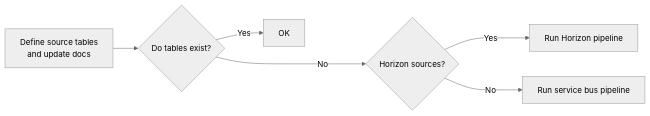
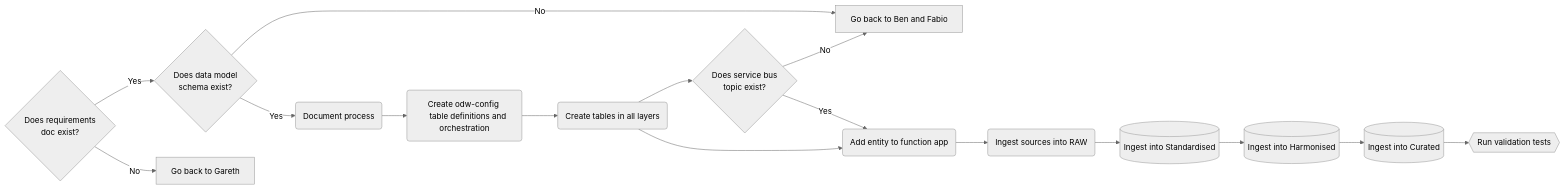
Before and after one commit to Planning-Inspectorate/ODW-Service: the diagram in data-models/entity-process.md, drawn with Mermaid (neutral theme). The commit also changed other lines of this file, not shown here.

Commit message:
completed process flow

````diff
--- a/data-models/entity-process.md
+++ b/data-models/entity-process.md
@@ -1,11 +6,28 @@
 ```mermaid
 
 flowchart LR
-    A[Define source tables
-    and update docs] --> B{Do tables exist?}
-    B -- Yes --> C[OK]
-    B -- No ----> D{Horizon sources?}
-    D -- Yes ---> E[Run Horizon pipeline]
-    D -- No ---> F[Run service bus pipeline]
+
+    A{Does requirements 
+    doc exist?}
+    B{Does data model 
+    schema exist?}
+    A-- Yes --> B
+    A-- No --> GH[Go back to Gareth]
+    B-- No --> BJ[Go back to Ben and Fabio]
+    B-- Yes --> C(Document process)
+    C --> D(Create odw-config 
+    table definitions and orchestration)
+    D --> E(Create tables in all layers)
+    E --> SB{Does service bus 
+    topic exist?}
+    SB-- Yes --> FA
+    SB-- No --> BJ
+    E --> FA(Add entity to function app)
+    FA --> F(Ingest sources into RAW)
+    F --> G[(Ingest into Standardised)]
+    G --> H[(Ingest into Harmonised)]
+    H --> I[(Ingest into Curated)]
+    I --> J{{Run validation tests}}
+
 
 ```
````
